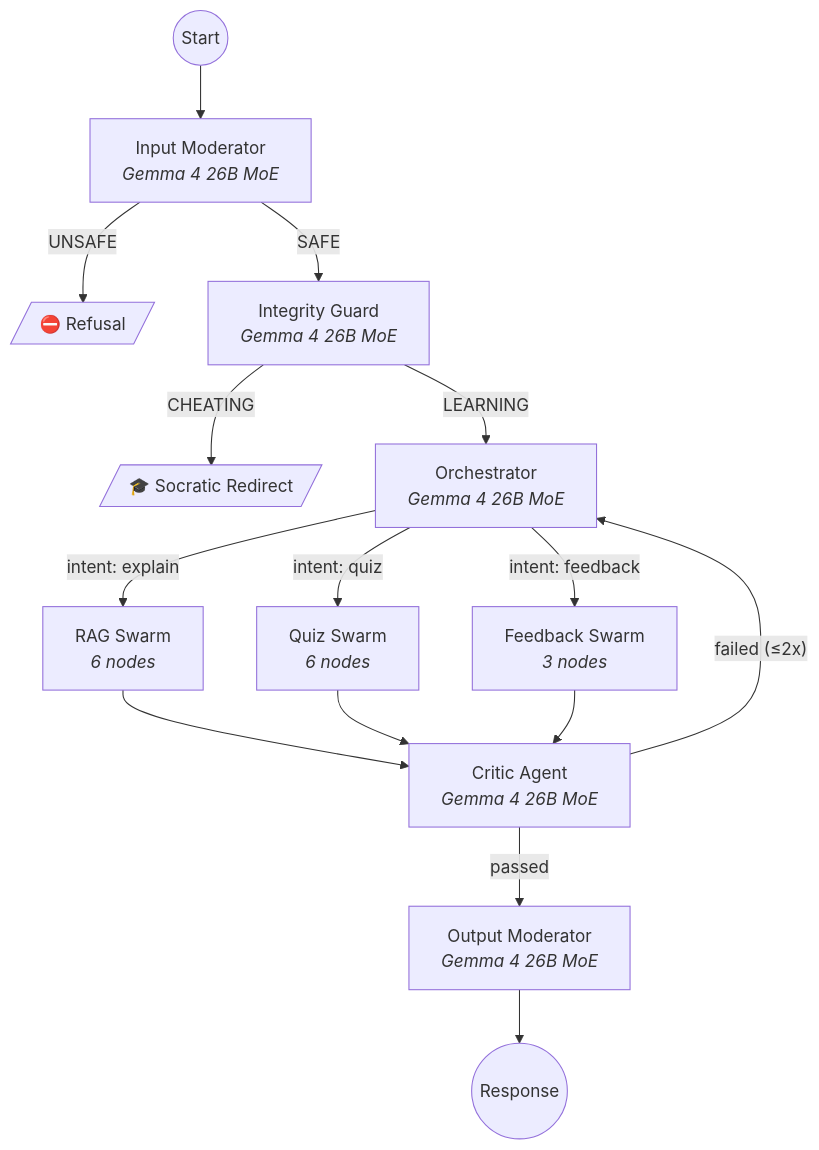
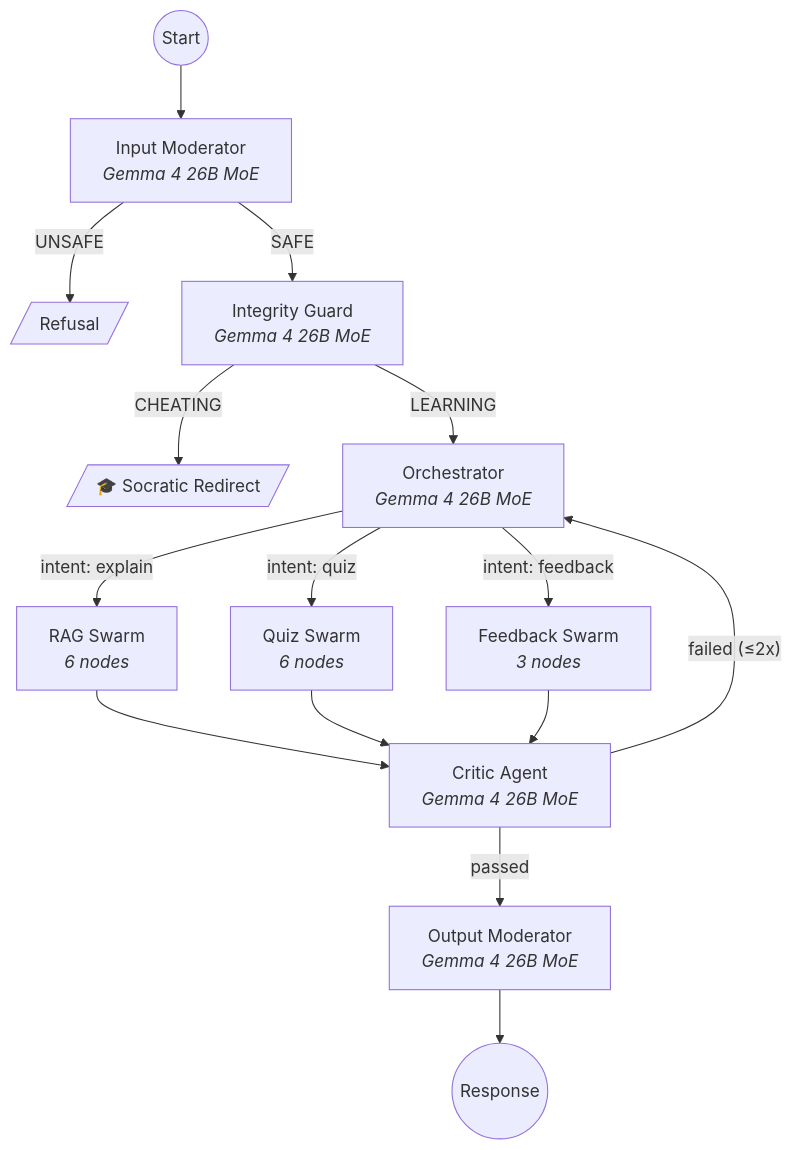
One commit to ayanokojix21/EduVerse changed the first of 4 diagrams in ARCHITECTURE.md. Above: the diagram before and after it, drawn with Mermaid. The commit also changed other lines of this file and 1 other file, not shown here.

Commit message:
docs: clean up formatting in README.md and ARCHITECTURE.md

````diff
--- a/ARCHITECTURE.md
+++ b/ARCHITECTURE.md
@@ -13,20 +13,20 @@
 ```mermaid
 graph TD
     START((Start)) --> IM["Input Moderator<br/><i>Gemma 4 26B MoE</i>"]
-    IM -->|UNSAFE| END1[/"⛔ Refusal"/]
+    IM -->|UNSAFE| END1[/"Refusal"/]
     IM -->|SAFE| IG["Integrity Guard<br/><i>Gemma 4 26B MoE</i>"]
     IG -->|CHEATING| END2[/"🎓 Socratic Redirect"/]
     IG -->|LEARNING| ORCH["Orchestrator<br/><i>Gemma 4 26B MoE</i>"]
     
     ORCH -->|"intent: explain"| RAG["RAG Swarm<br/><i>6 nodes</i>"]
     ORCH -->|"intent: quiz"| QUIZ["Quiz Swarm<br/><i>6 nodes</i>"]
     ORCH -->|"intent: feedback"| FB["Feedback Swarm<br/><i>3 nodes</i>"]
     
     RAG --> CRITIC["Critic Agent<br/><i>Gemma 4 26B MoE</i>"]
     QUIZ --> CRITIC
     FB --> CRITIC
     
     CRITIC -->|"passed"| OM["Output Moderator<br/><i>Gemma 4 26B MoE</i>"]
     CRITIC -->|"failed (≤2x)"| ORCH
     OM --> RESP((Response))
 ```
````
